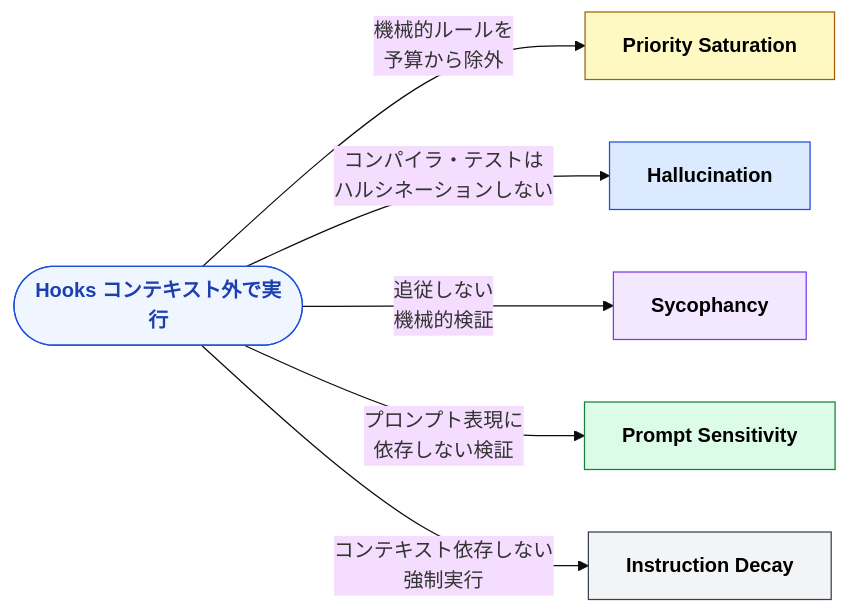
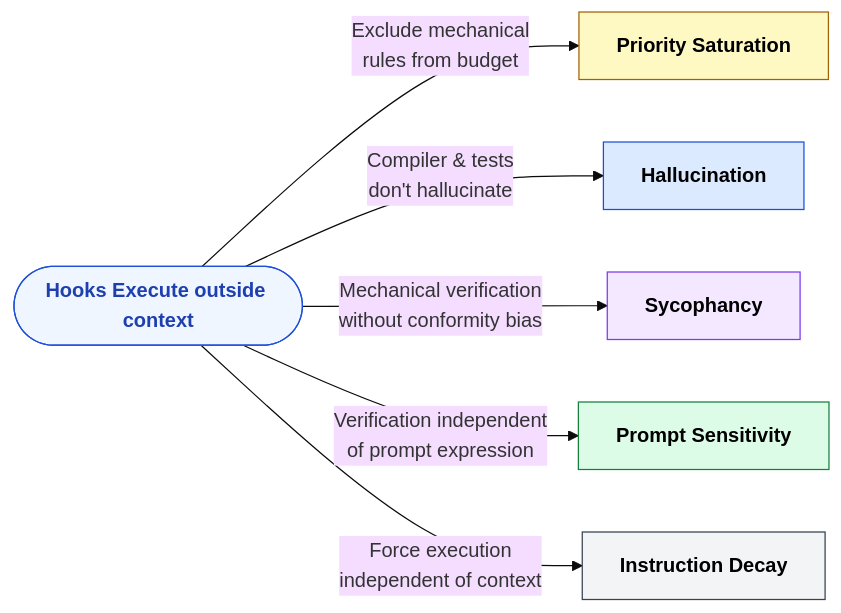
Before and after one commit to shuji-bonji/understanding-llm-through-claude-code: the fifth of 7 diagrams in docs/appendix/problem-countermeasure-map.md, drawn with Mermaid (base theme). The commit also changed other lines of this file and 100 other files, not shown here.

````diff
--- a/docs/appendix/problem-countermeasure-map.md
+++ b/docs/appendix/problem-countermeasure-map.md
@@ -229,29 +231,29 @@
 ```mermaid
 graph LR
-    HOOKS(["Hooks コンテキスト外で実行"])
+    HOOKS(["Hooks Execute outside context"])
 
     PS["Priority Saturation"]
     HL["Hallucination"]
     SY["Sycophancy"]
     PM["Prompt Sensitivity"]
     ID["Instruction Decay"]
 
-    HOOKS -->|"機械的ルールを<br/>予算から除外"| PS
-    HOOKS -->|"コンパイラ・テストは<br/>ハルシネーションしない"| HL
-    HOOKS -->|"追従しない<br/>機械的検証"| SY
-    HOOKS -->|"プロンプト表現に<br/>依存しない検証"| PM
-    HOOKS -->|"コンテキスト依存しない<br/>強制実行"| ID
+    HOOKS -->|"Exclude mechanical<br/>rules from budget"| PS
+    HOOKS -->|"Compiler & tests<br/>don't hallucinate"| HL
+    HOOKS -->|"Mechanical verification<br/>without conformity bias"| SY
+    HOOKS -->|"Verification independent<br/>of prompt expression"| PM
+    HOOKS -->|"Force execution<br/>independent of context"| ID
 
     classDef countermeasure fill:#eff6ff,stroke:#1d4ed8,color:#1e40af,font-weight:bold
     classDef ps fill:#fef9c3,stroke:#a16207,color:#000,font-weight:bold
     classDef hl fill:#dbeafe,stroke:#1d4ed8,color:#000,font-weight:bold
     classDef sy fill:#f3e8ff,stroke:#7c3aed,color:#000,font-weight:bold
     classDef pm fill:#dcfce7,stroke:#15803d,color:#000,font-weight:bold
     classDef id fill:#f3f4f6,stroke:#374151,color:#000,font-weight:bold
     class HOOKS countermeasure
     class PS ps
     class HL hl
     class SY sy
     class PM pm
     class ID id
 ```
````
